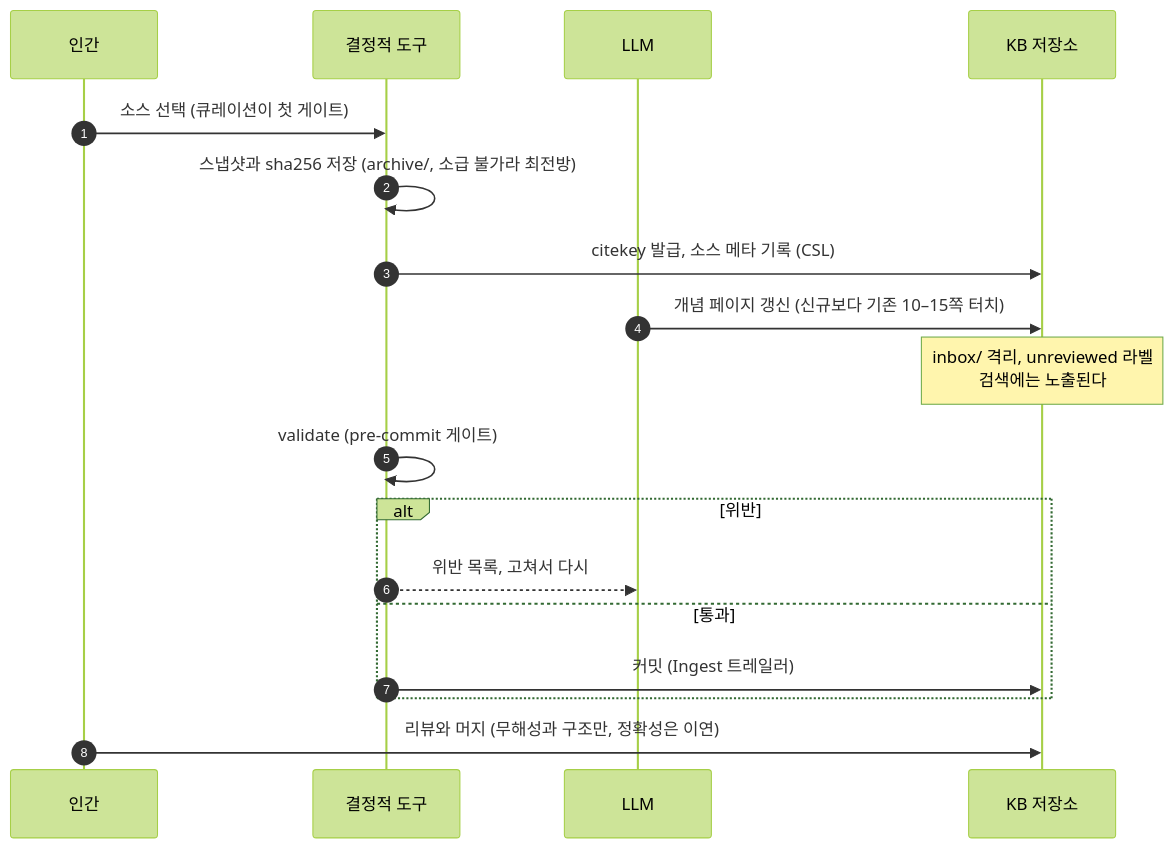
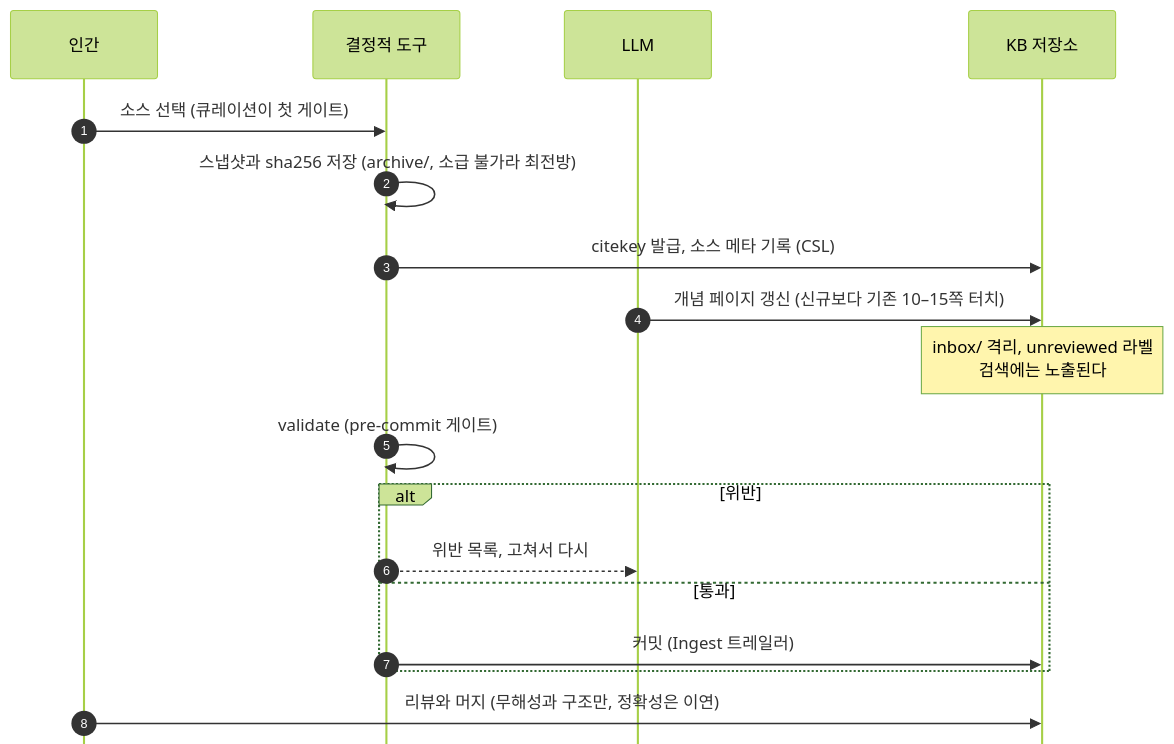
The second of 4 diagrams in README.md (alteralab/syntopicon), drawn with Mermaid (forest theme) before and after one commit. The commit also changed other lines of this file, not shown here.

Commit message:
plan: 시퀀스 압축 — 하단 중복 상자 제거, 메시지 간격 축소

````diff
--- a/README.md
+++ b/README.md
@@ -42,22 +42,22 @@
 ```mermaid
-%%{init: {"sequence": {"width": 140, "boxMargin": 8, "useMaxWidth": false}}}%%
+%%{init: {"sequence": {"width": 140, "useMaxWidth": false, "mirrorActors": false, "messageMargin": 28, "boxMargin": 6}}}%%
 sequenceDiagram
     autonumber
     participant H as 인간
     participant T as 결정적 도구
     participant L as LLM
     participant K as KB 저장소
 
     H->>T: 소스 선택 (큐레이션이 첫 게이트)
     T->>T: 스냅샷과 sha256 저장 (archive/, 소급 불가라 최전방)
     T->>K: citekey 발급, 소스 메타 기록 (CSL)
     L->>K: 개념 페이지 갱신 (신규보다 기존 10–15쪽 터치)
     note over K: inbox/ 격리, unreviewed 라벨<br/>검색에는 노출된다
     T->>T: validate (pre-commit 게이트)
     alt 위반
         T-->>L: 위반 목록, 고쳐서 다시
     else 통과
         T->>K: 커밋 (Ingest 트레일러)
     end
     H->>K: 리뷰와 머지 (무해성과 구조만, 정확성은 이연)
 ```
````
